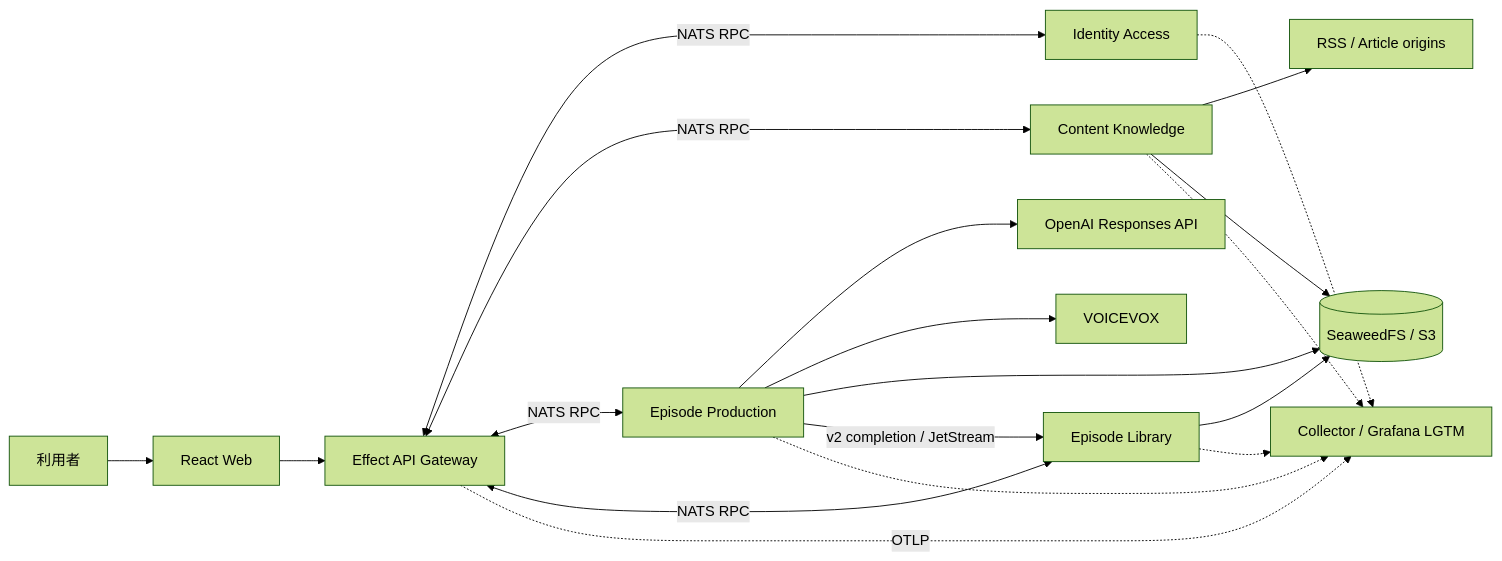
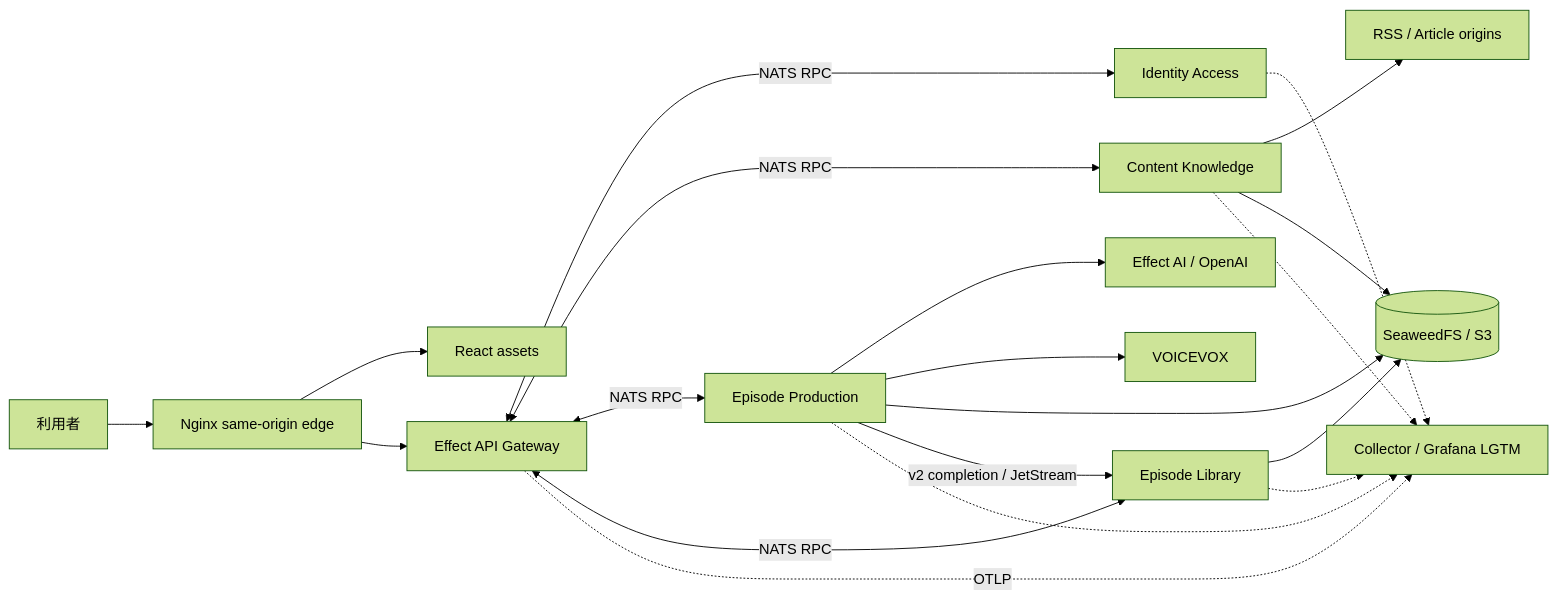
One commit to r4ai/news-podcast changed the first of 8 diagrams in docs/architecture.md. Above: the diagram before and after it, drawn with Mermaid (forest theme). The commit also changed other lines of this file and 189 other files, not shown here.

````diff
--- a/docs/architecture.md
+++ b/docs/architecture.md
@@ -22,21 +22,22 @@
 ```mermaid
 flowchart LR
-  User["利用者"] --> Web["React Web"]
-  Web --> Gateway["Effect API Gateway"]
+  User["利用者"] --> Edge["Nginx same-origin edge"]
+  Edge --> Web["React assets"]
+  Edge --> Gateway["Effect API Gateway"]
   Gateway <-->|"NATS RPC"| Identity["Identity Access"]
   Gateway <-->|"NATS RPC"| Content["Content Knowledge"]
   Gateway <-->|"NATS RPC"| Production["Episode Production"]
   Gateway <-->|"NATS RPC"| Library["Episode Library"]
   Content --> RSS["RSS / Article origins"]
-  Production --> OpenAI["OpenAI Responses API"]
+  Production --> OpenAI["Effect AI / OpenAI"]
   Production --> Voicevox["VOICEVOX"]
   Content --> Objects[("SeaweedFS / S3")]
   Production --> Objects
   Library --> Objects
   Production -->|"v2 completion / JetStream"| Library
   Gateway -.->|"OTLP"| Obs["Collector / Grafana LGTM"]
   Identity -.-> Obs
   Content -.-> Obs
   Production -.-> Obs
   Library -.-> Obs
 ```
````
